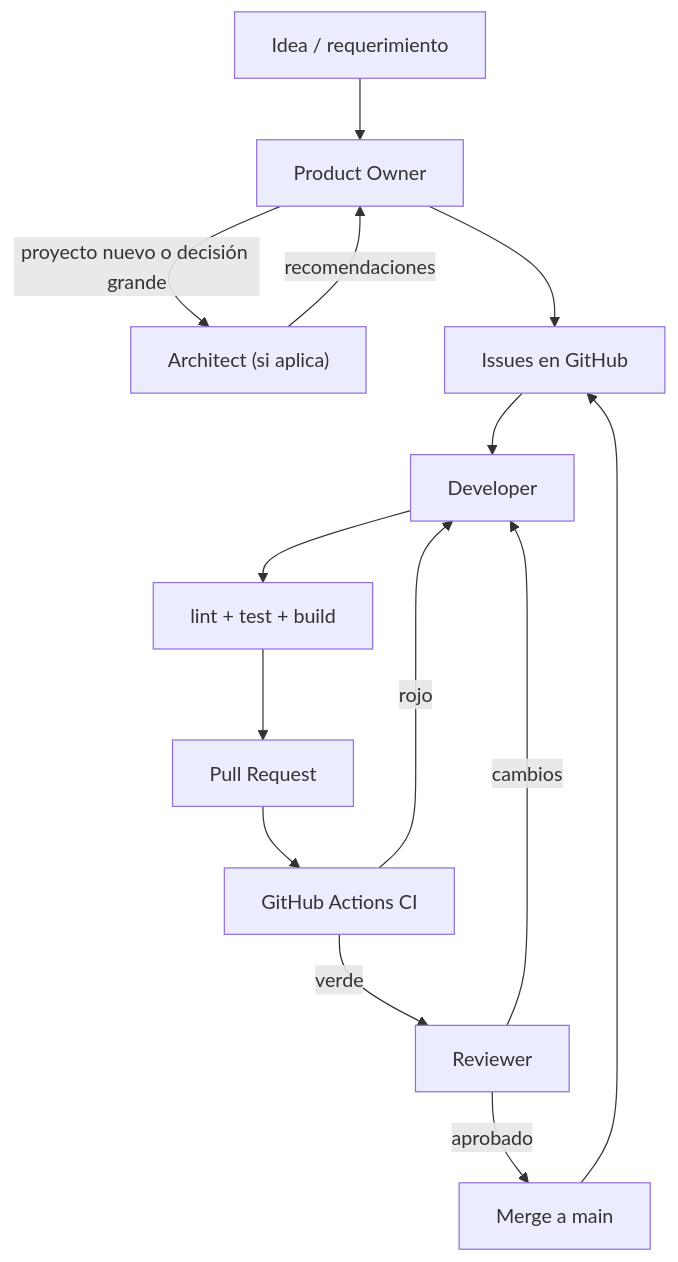
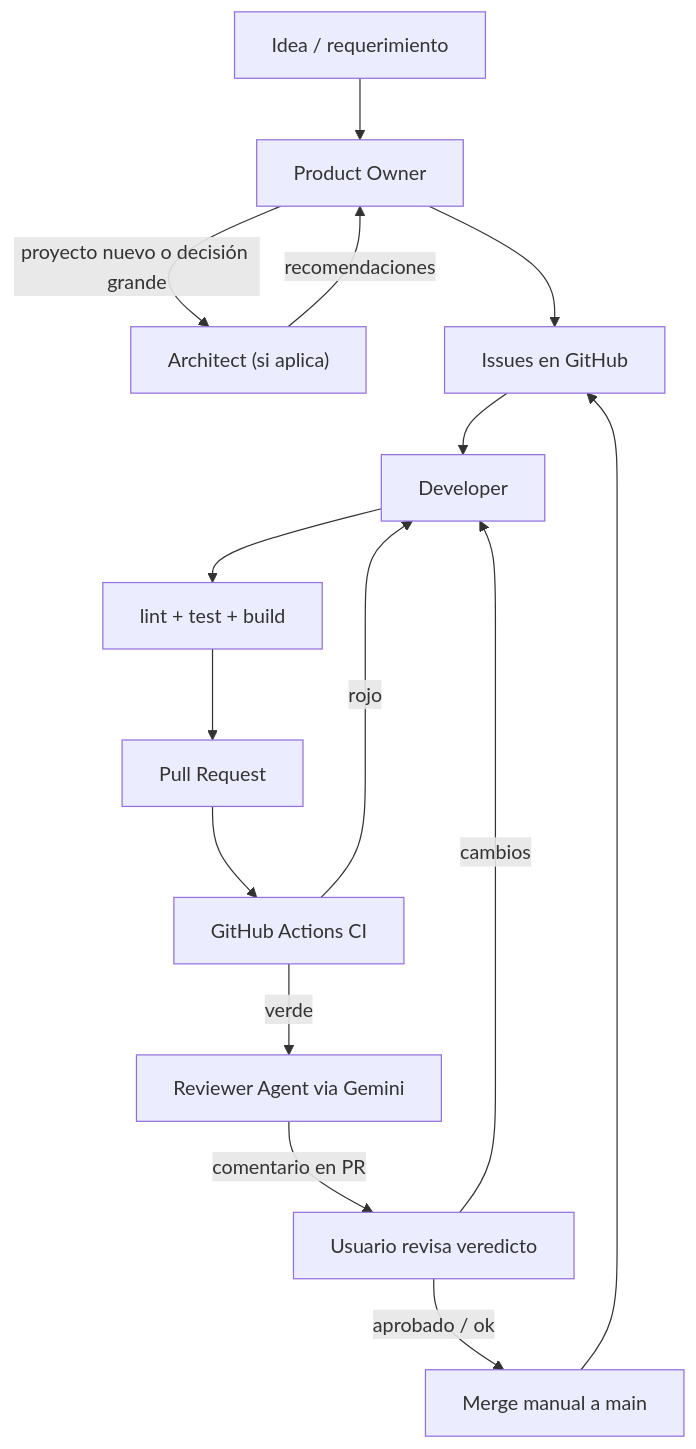
Before and after one commit to frangiuliano/ai-software-company: the diagram in standards/agent-workflow.md, drawn with Mermaid. The commit also changed other lines of this file and 5 other files, not shown here.

First line of the commit message:
Document automated AI Review via Gemini and separate API keys.

````diff
--- a/standards/agent-workflow.md
+++ b/standards/agent-workflow.md
@@ -21,27 +21,29 @@
 ```mermaid
 flowchart TD
     Idea["Idea / requerimiento"]
     PO["Product Owner"]
     Arch["Architect (si aplica)"]
     Issues["Issues en GitHub"]
     Dev["Developer"]
     PrePush["lint + test + build"]
     PR["Pull Request"]
     CI["GitHub Actions CI"]
-    Rev["Reviewer"]
-    Merge["Merge a main"]
+    Rev["Reviewer Agent via Gemini"]
+    Human["Usuario revisa veredicto"]
+    Merge["Merge manual a main"]
 
     Idea --> PO
     PO -->|proyecto nuevo o decisión grande| Arch
     Arch -->|recomendaciones| PO
     PO --> Issues
     Issues --> Dev
     Dev --> PrePush
     PrePush --> PR
     PR --> CI
     CI -->|verde| Rev
     CI -->|rojo| Dev
-    Rev -->|aprobado| Merge
-    Rev -->|cambios| Dev
+    Rev -->|comentario en PR| Human
+    Human -->|aprobado / ok| Merge
+    Human -->|cambios| Dev
     Merge --> Issues
 ```
````
